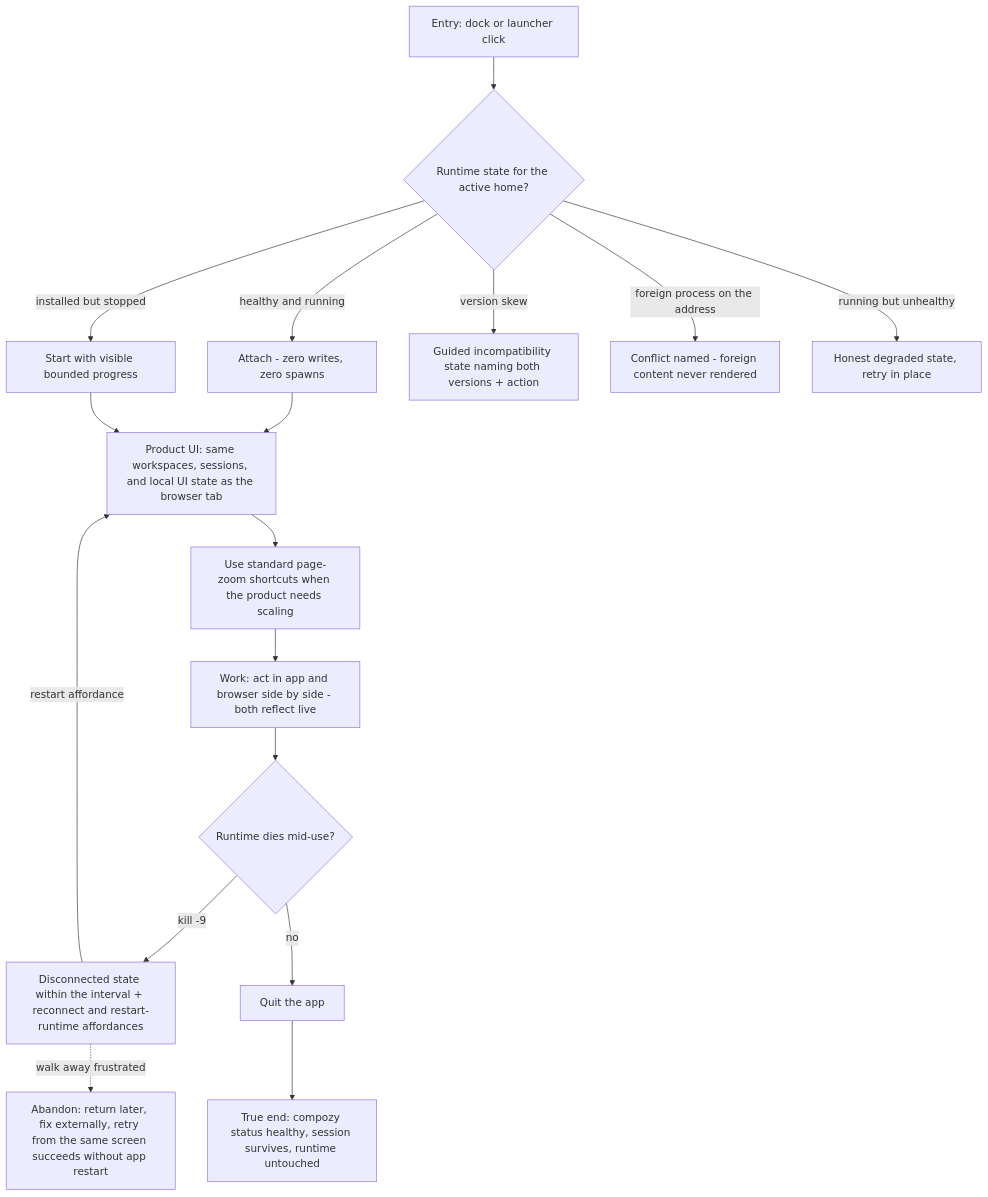
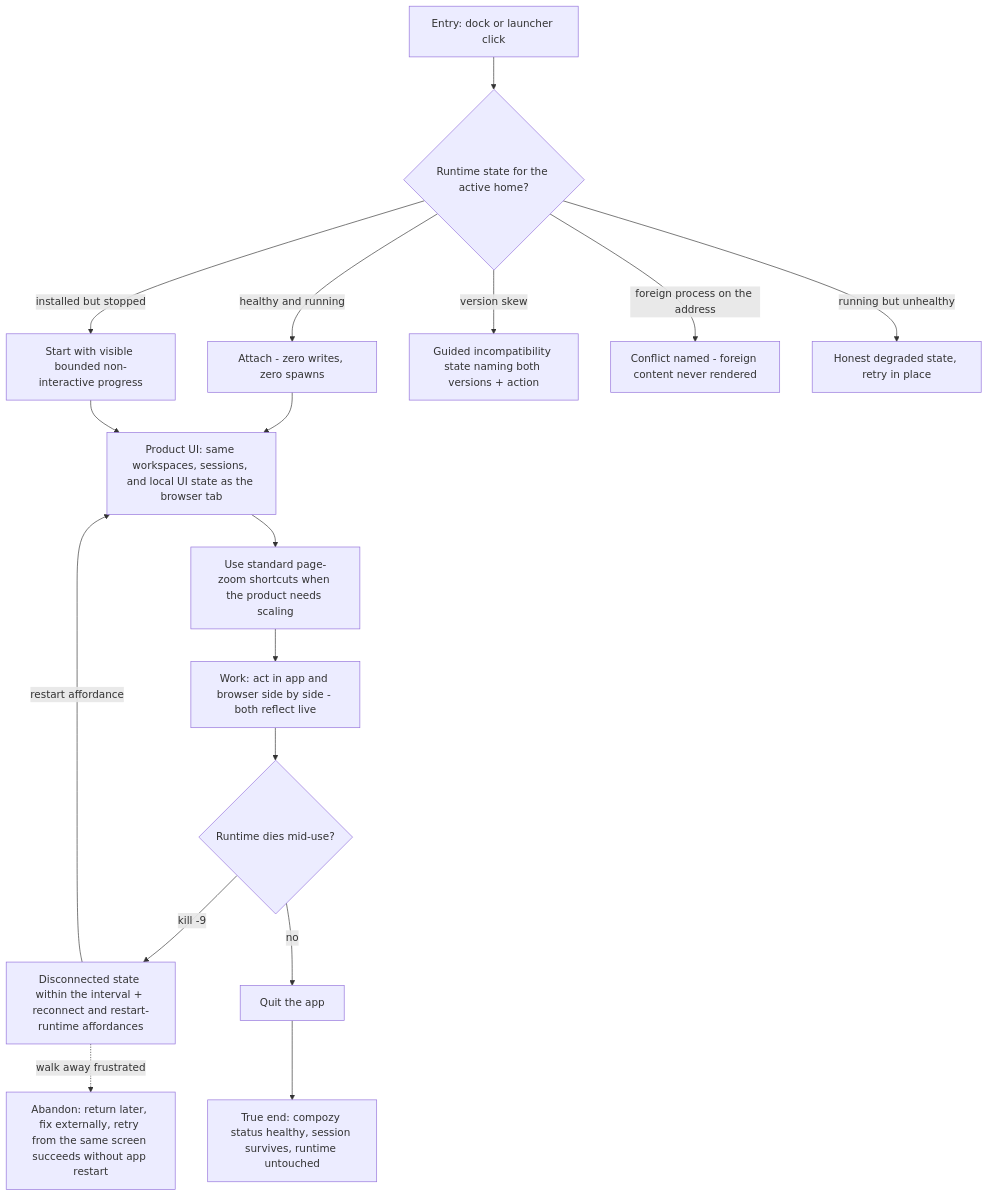
The diagram in docs/qa/journeys/J-desktop-attach-daily.md (compozy/compozy), drawn with Mermaid before and after one commit. The commit also changed other lines of this file and 92 other files, not shown here.

First line of the commit message:
feat: QA Plan and Session Charters #06

````diff
--- a/docs/qa/journeys/J-desktop-attach-daily.md
+++ b/docs/qa/journeys/J-desktop-attach-daily.md
@@ -7,19 +7,19 @@
 ```mermaid
 flowchart TD
     A[Entry: dock or launcher click] --> B{Runtime state for the active home?}
     B -->|healthy and running| C[Attach - zero writes, zero spawns]
-    B -->|installed but stopped| D[Start with visible bounded progress]
+    B -->|installed but stopped| D[Start with visible bounded non-interactive progress]
     B -->|version skew| E[Guided incompatibility state naming both versions + action]
     B -->|foreign process on the address| F[Conflict named - foreign content never rendered]
     B -->|running but unhealthy| G[Honest degraded state, retry in place]
     C --> H[Product UI: same workspaces, sessions, and local UI state as the browser tab]
     D --> H
     H --> Z[Use standard page-zoom shortcuts when the product needs scaling]
     Z --> I[Work: act in app and browser side by side - both reflect live]
     I --> J{Runtime dies mid-use?}
     J -->|kill -9| K[Disconnected state within the interval + reconnect and restart-runtime affordances]
     K -->|restart affordance| H
     J -->|no| L[Quit the app]
     L --> M[True end: compozy status healthy, session survives, runtime untouched]
     K -.->|walk away frustrated| X1[Abandon: return later, fix externally, retry from the same screen succeeds without app restart]
 ```
````
